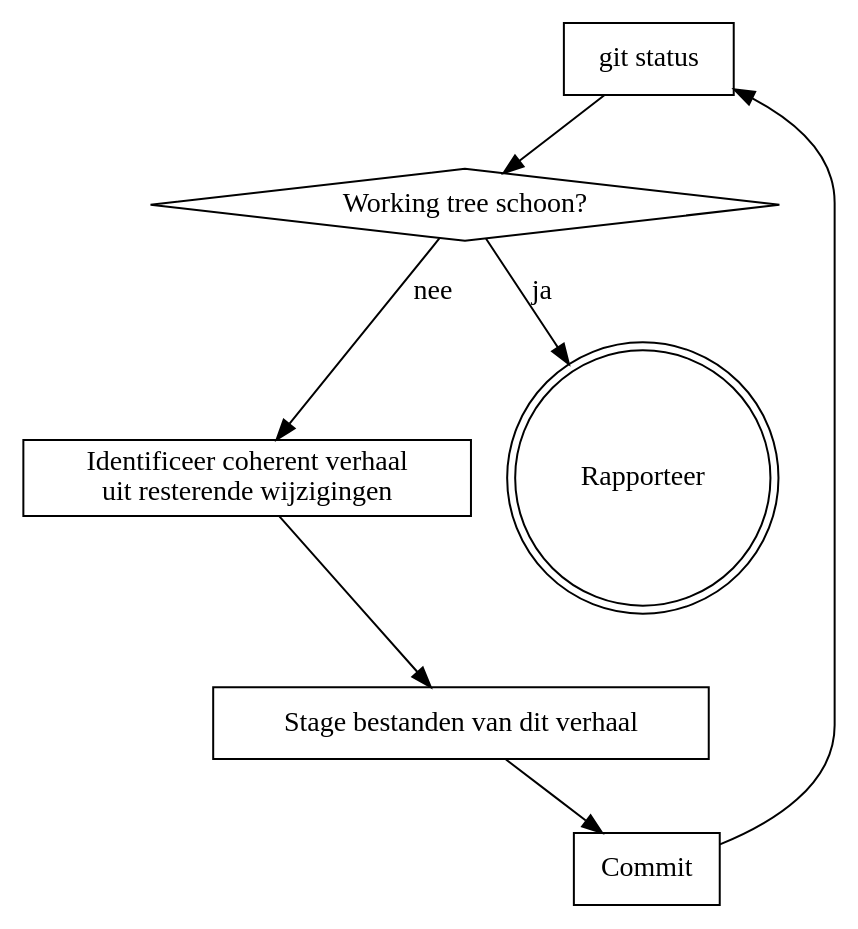
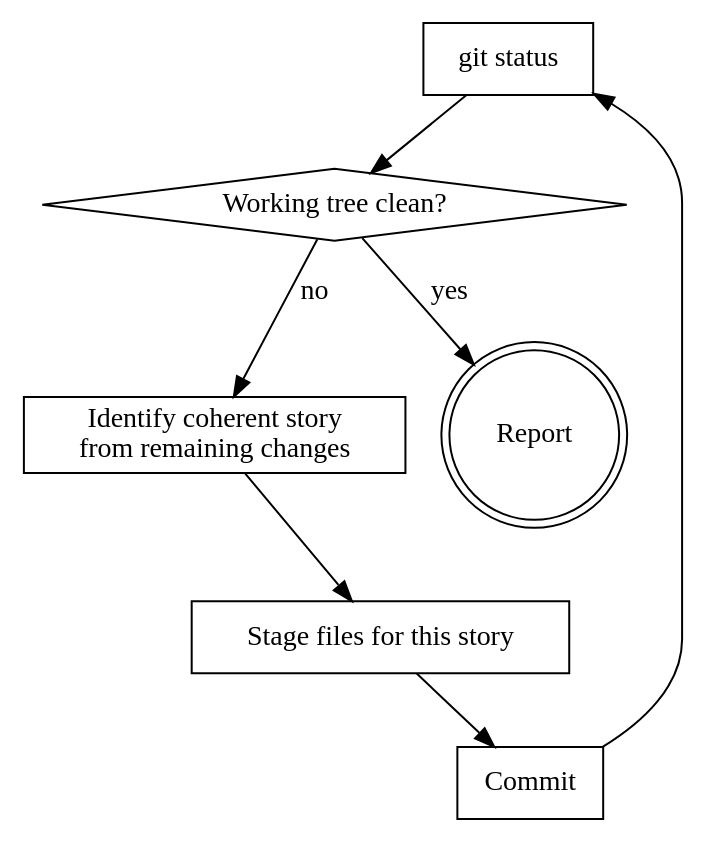
Before and after one commit to epologee/leclause-skills: the diagram in packages/gitgit/skills/commit-all-the-things/SKILL.md, drawn with Graphviz. The commit also changed other lines of this file and 11 other files, not shown here.

````diff
--- a/packages/gitgit/skills/commit-all-the-things/SKILL.md
+++ b/packages/gitgit/skills/commit-all-the-things/SKILL.md
@@ -42,17 +42,17 @@
 ```dot
 digraph commit_all {
   "git status" [shape=box];
-  "Working tree schoon?" [shape=diamond];
-  "Identificeer coherent verhaal\nuit resterende wijzigingen" [shape=box];
-  "Stage bestanden van dit verhaal" [shape=box];
+  "Working tree clean?" [shape=diamond];
+  "Identify coherent story\nfrom remaining changes" [shape=box];
+  "Stage files for this story" [shape=box];
   "Commit" [shape=box];
-  "Rapporteer" [shape=doublecircle];
+  "Report" [shape=doublecircle];
 
-  "git status" -> "Working tree schoon?";
-  "Working tree schoon?" -> "Rapporteer" [label="ja"];
-  "Working tree schoon?" -> "Identificeer coherent verhaal\nuit resterende wijzigingen" [label="nee"];
-  "Identificeer coherent verhaal\nuit resterende wijzigingen" -> "Stage bestanden van dit verhaal";
-  "Stage bestanden van dit verhaal" -> "Commit";
+  "git status" -> "Working tree clean?";
+  "Working tree clean?" -> "Report" [label="yes"];
+  "Working tree clean?" -> "Identify coherent story\nfrom remaining changes" [label="no"];
+  "Identify coherent story\nfrom remaining changes" -> "Stage files for this story";
+  "Stage files for this story" -> "Commit";
   "Commit" -> "git status";
 }
 ```
````
